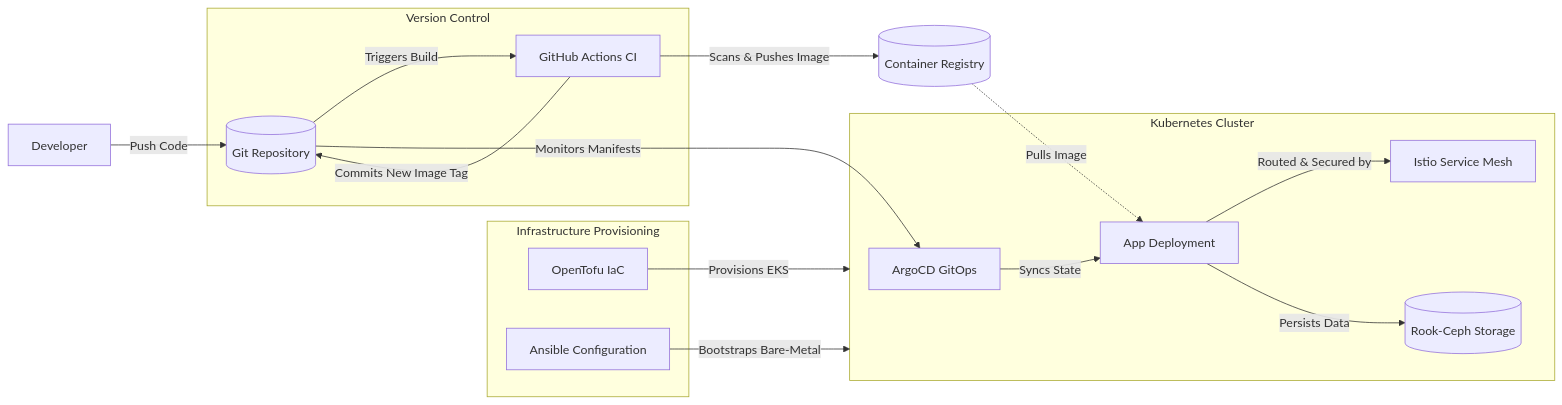
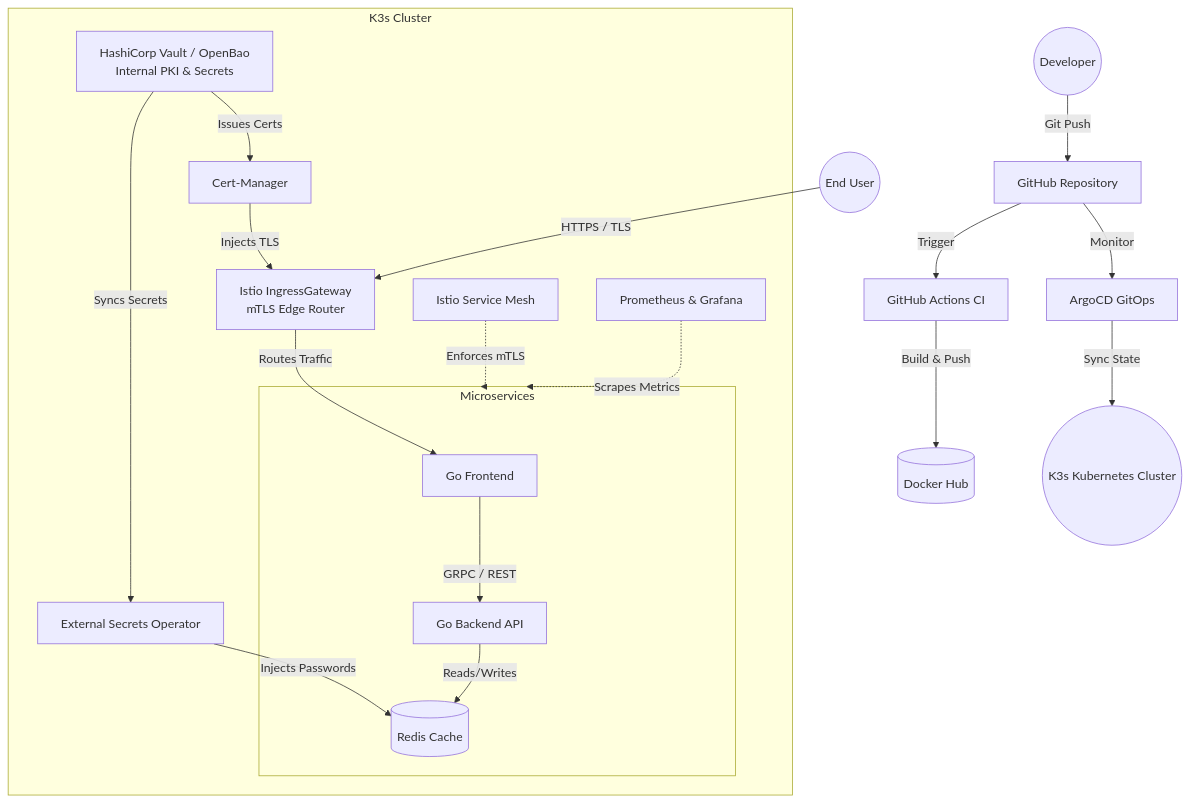
One commit to ygtersln/cloud-native-devops-blueprint changed the diagram in README.md. Above: the diagram before and after it, drawn with Mermaid. The commit also changed other lines of this file and 4 other files, not shown here.

````diff
--- a/README.md
+++ b/README.md
@@ -20,34 +9,49 @@
 ```mermaid
-graph LR
-    subgraph Provisioning [Infrastructure Provisioning]
-        Tofu[OpenTofu IaC]
-        Ansible[Ansible Configuration]
+graph TD
+    %% Developers & Code
+    Developer((Developer)) -->|Git Push| GitHub[GitHub Repository]
+    GitHub -->|Trigger| GHA[GitHub Actions CI]
+    GHA -->|Build & Push| DockerHub[(Docker Hub)]
+
+    %% GitOps
+    GitHub -->|Monitor| ArgoCD[ArgoCD GitOps]
+    ArgoCD -->|Sync State| K3s((K3s Kubernetes Cluster))
+
+    %% Infrastructure & Security inside K3s
+    subgraph K3s Cluster
+        %% Security
+        Vault[HashiCorp Vault / OpenBao<br/>Internal PKI & Secrets]
+        CertManager[Cert-Manager]
+        ESO[External Secrets Operator]
+
+        %% Networking
+        IstioIngress[Istio IngressGateway<br/>mTLS Edge Router]
+        IstioMesh[Istio Service Mesh]
+
+        %% Observability
+        Prometheus[Prometheus & Grafana]
+
+        %% Application
+        subgraph Microservices
+            Frontend[Go Frontend]
+            Backend[Go Backend API]
+            Redis[(Redis Cache)]
+        end
+
+        %% Connections within cluster
+        Vault -->|Issues Certs| CertManager
+        Vault -->|Syncs Secrets| ESO
+        CertManager -->|Injects TLS| IstioIngress
+        ESO -->|Injects Passwords| Redis
+        
+        IstioIngress -->|Routes Traffic| Frontend
+        Frontend -->|GRPC / REST| Backend
+        Backend -->|Reads/Writes| Redis
+        
+        IstioMesh -.->|Enforces mTLS| Microservices
+        Prometheus -.->|Scrapes Metrics| Microservices
     end
 
-    subgraph VersionControl [Version Control]
-        Git[(Git Repository)]
-        GHA[GitHub Actions CI]
-    end
-    
-    subgraph K8s [Kubernetes Cluster]
-        ArgoCD[ArgoCD GitOps]
-        App[App Deployment]
-        Istio[Istio Service Mesh]
-        Ceph[(Rook-Ceph Storage)]
-    end
-    
-    Dev[Developer] -->|Push Code| Git
-    Tofu -->|Provisions EKS| K8s
-    Ansible -->|Bootstraps Bare-Metal| K8s
-    
-    Git -->|Triggers Build| GHA
-    GHA -->|Scans & Pushes Image| Registry[(Container Registry)]
-    GHA -->|Commits New Image Tag| Git
-    
-    Git -->|Monitors Manifests| ArgoCD
-    ArgoCD -->|Syncs State| App
-    Registry -.->|Pulls Image| App
-    
-    App -->|Routed & Secured by| Istio
-    App -->|Persists Data| Ceph
+    %% External Traffic
+    User((End User)) -->|HTTPS / TLS| IstioIngress
 ```
````
